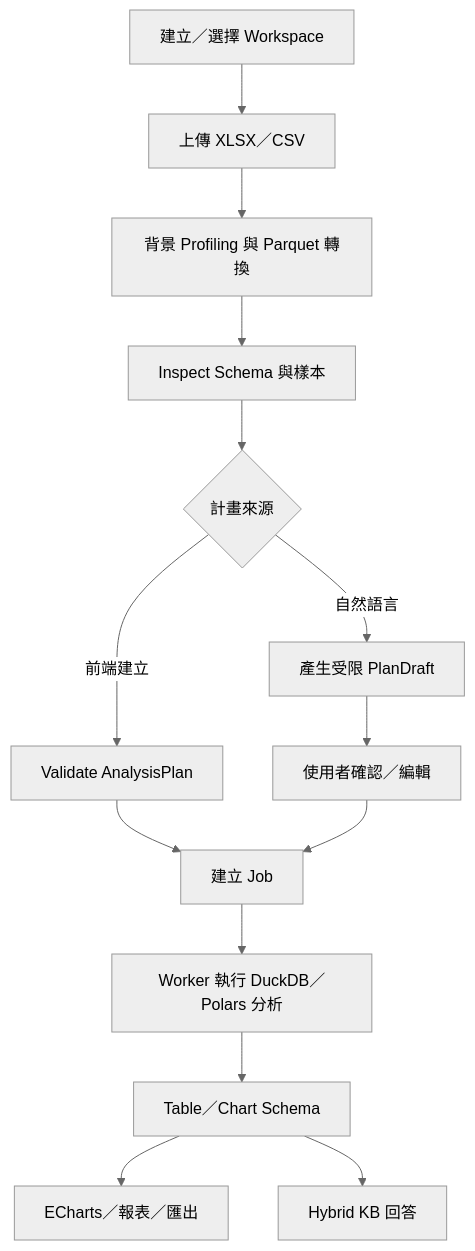
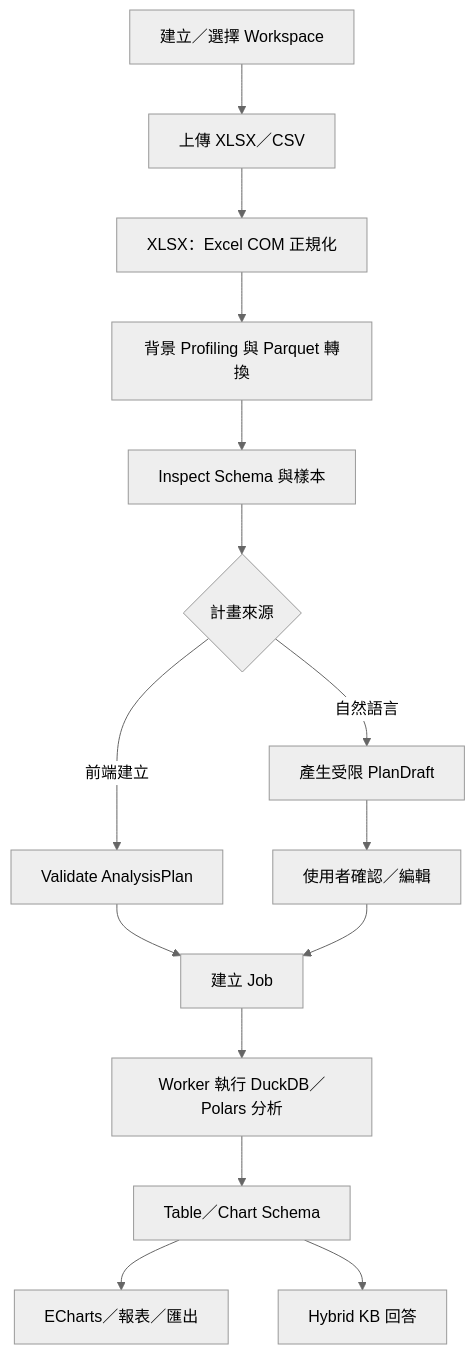
Before and after one commit to aa31553/LM_Agent: the diagram in docs/Fastapi_spec.md, drawn with Mermaid (neutral theme). The commit also changed other lines of this file and 25 other files, not shown here.

````diff
--- a/docs/Fastapi_spec.md
+++ b/docs/Fastapi_spec.md
@@ -677,16 +682,17 @@
 ```mermaid
 flowchart TD
     A["建立／選擇 Workspace"] --> B["上傳 XLSX／CSV"]
-    B --> C["背景 Profiling 與 Parquet 轉換"]
-    C --> D["Inspect Schema 與樣本"]
-    D --> E{"計畫來源"}
-    E -->|前端建立| F["Validate AnalysisPlan"]
-    E -->|自然語言| G["產生受限 PlanDraft"]
-    G --> H["使用者確認／編輯"]
-    F --> I["建立 Job"]
-    H --> I
-    I --> J["Worker 執行 DuckDB／Polars 分析"]
-    J --> K["Table／Chart Schema"]
-    K --> L["ECharts／報表／匯出"]
-    K --> M["Hybrid KB 回答"]
+    B --> C["XLSX：Excel COM 正規化"]
+    C --> D["背景 Profiling 與 Parquet 轉換"]
+    D --> E["Inspect Schema 與樣本"]
+    E --> F{"計畫來源"}
+    F -->|前端建立| G["Validate AnalysisPlan"]
+    F -->|自然語言| H["產生受限 PlanDraft"]
+    H --> I["使用者確認／編輯"]
+    G --> J["建立 Job"]
+    I --> J
+    J --> K["Worker 執行 DuckDB／Polars 分析"]
+    K --> L["Table／Chart Schema"]
+    L --> M["ECharts／報表／匯出"]
+    L --> N["Hybrid KB 回答"]
 ```
````
